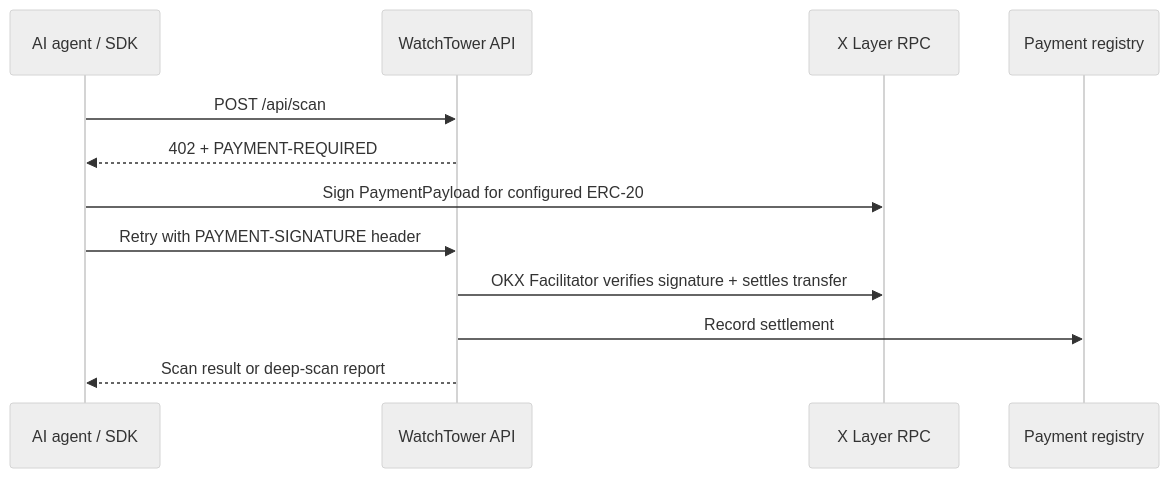
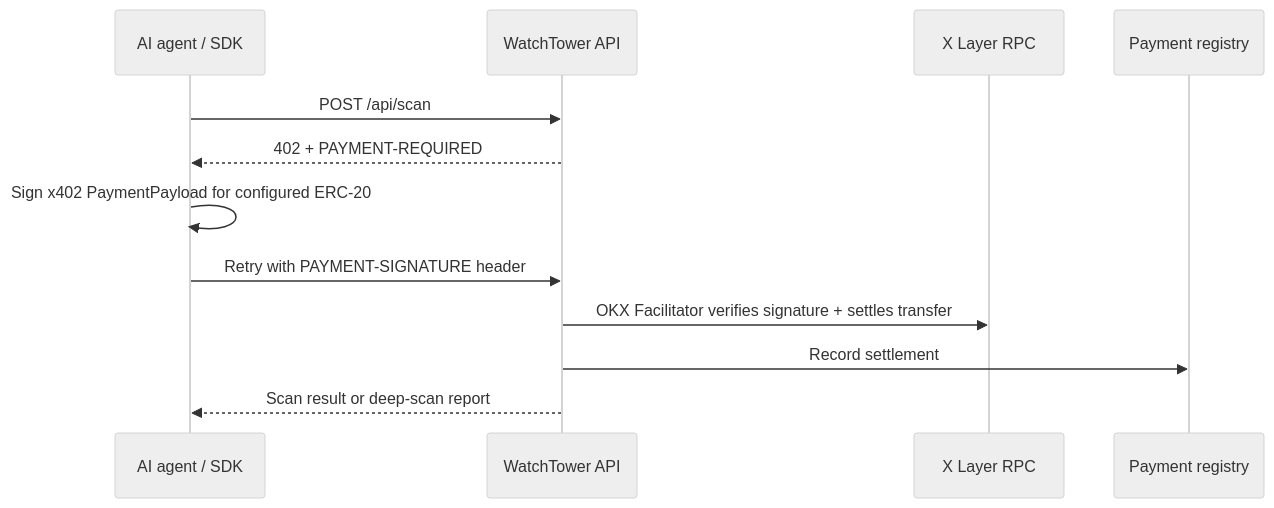
Before and after one commit to demola13777/watchtower: the second of 2 diagrams in README.md, drawn with Mermaid (neutral theme). The commit also changed other lines of this file and 34 other files, not shown here.

````diff
--- a/README.md
+++ b/README.md
@@ -153,15 +154,15 @@
 ```mermaid
 sequenceDiagram
     participant Agent as AI agent / SDK
     participant API as WatchTower API
     participant Chain as X Layer RPC
     participant DB as Payment registry
 
     Agent->>API: POST /api/scan
     API-->>Agent: 402 + PAYMENT-REQUIRED
-    Agent->>Chain: Sign PaymentPayload for configured ERC-20
+    Agent->>Agent: Sign x402 PaymentPayload for configured ERC-20
     Agent->>API: Retry with PAYMENT-SIGNATURE header
     API->>Chain: OKX Facilitator verifies signature + settles transfer
     API->>DB: Record settlement
     API-->>Agent: Scan result or deep-scan report
 ```
````
